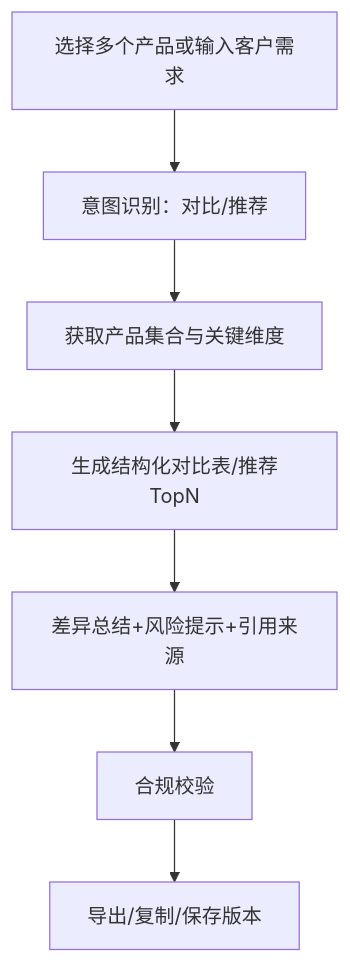
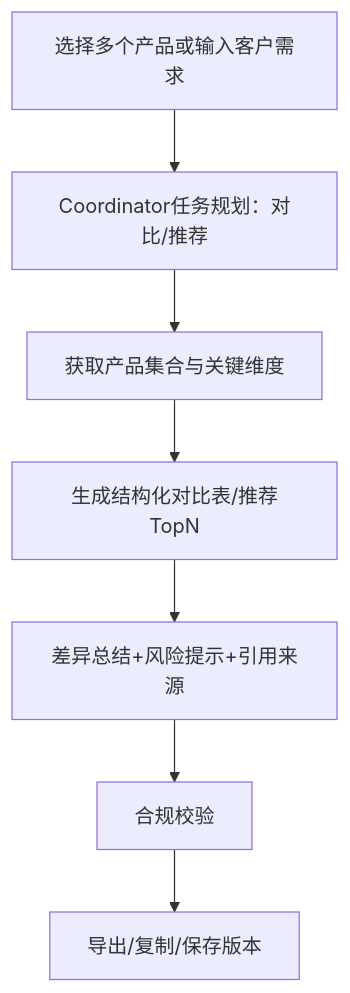
Before and after one commit to yds123-div/fpai: the second of 2 diagrams in .cursor/memory/prd.md, drawn with Mermaid. The commit also changed other lines of this file and 334 other files, not shown here.

````diff
--- a/.cursor/memory/prd.md
+++ b/.cursor/memory/prd.md
@@ -151,9 +151,9 @@
 ```mermaid
 flowchart TB
-  A[选择多个产品或输入客户需求] --> B[意图识别：对比/推荐]
+  A[选择多个产品或输入客户需求] --> B[Coordinator任务规划：对比/推荐]
   B --> C[获取产品集合与关键维度]
   C --> D[生成结构化对比表/推荐TopN]
   D --> E[差异总结+风险提示+引用来源]
   E --> F[合规校验]
   F --> G[导出/复制/保存版本]
 ```
````
